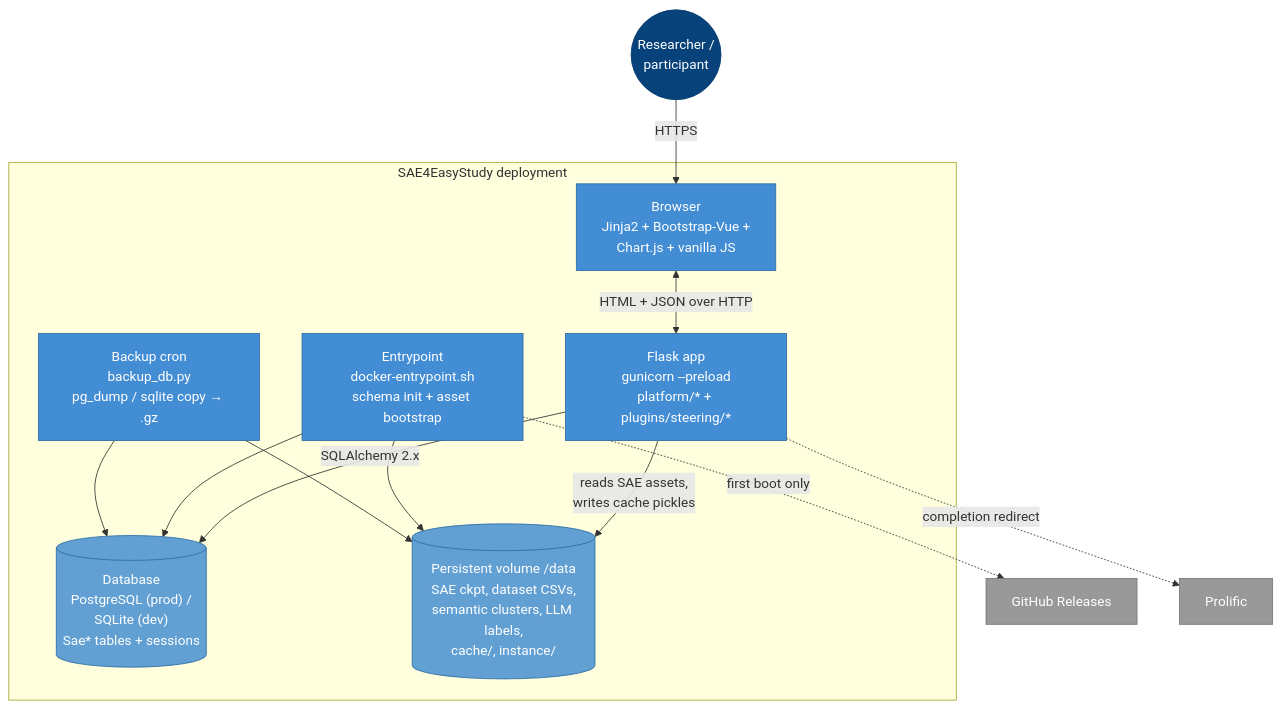
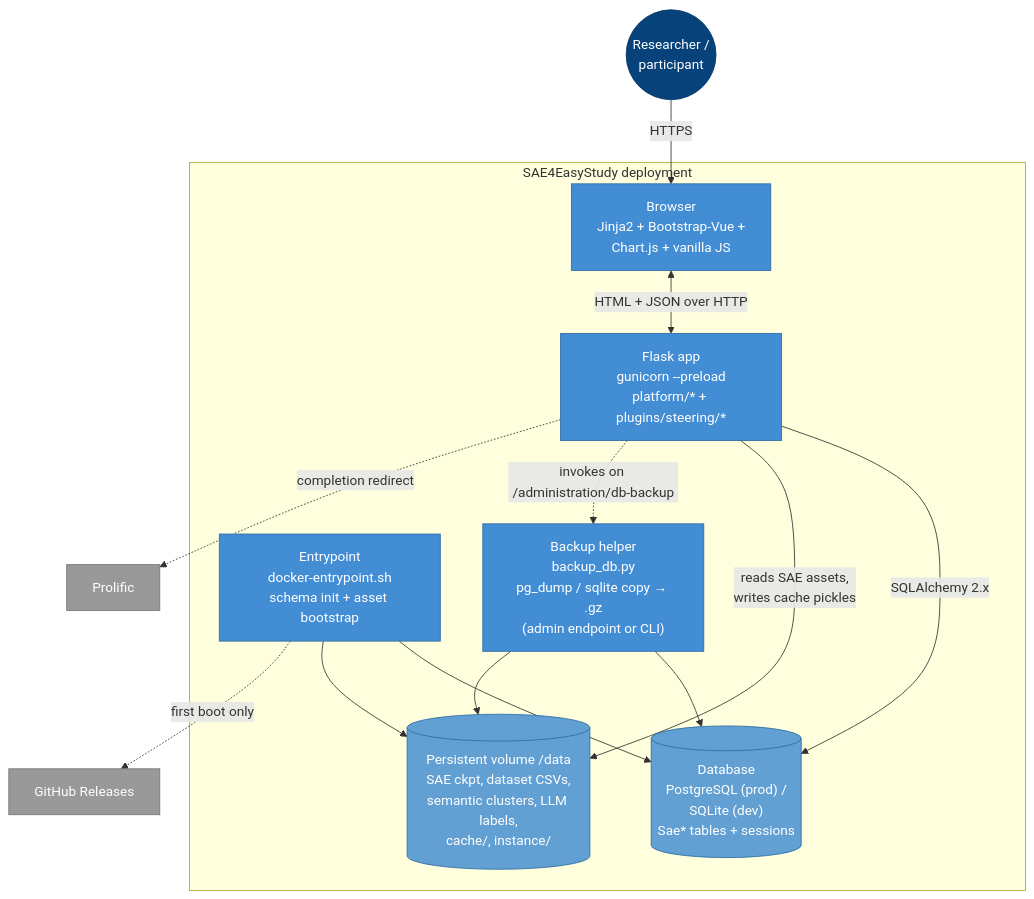
One commit to vaclavstibor/SAE4EasyStudy changed the second of 5 diagrams in docs/tech-docs.md. Above: the diagram before and after it, drawn with Mermaid. The commit also changed other lines of this file and 9 other files, not shown here.

````diff
--- a/docs/tech-docs.md
+++ b/docs/tech-docs.md
@@ -201,35 +201,36 @@
 ```mermaid
 flowchart TB
     actor(("Researcher /<br/>participant"))
     gh["GitHub Releases"]
     prolific["Prolific"]
 
     subgraph deploy ["SAE4EasyStudy deployment"]
         browser["Browser<br/>Jinja2 + Bootstrap-Vue +<br/>Chart.js + vanilla JS"]
         flask["Flask app<br/>gunicorn --preload<br/>platform/* + plugins/steering/*"]
         db[("Database<br/>PostgreSQL (prod) /<br/>SQLite (dev)<br/>Sae* tables + sessions")]
         volume[("Persistent volume /data<br/>SAE ckpt, dataset CSVs,<br/>semantic clusters, LLM labels,<br/>cache/, instance/")]
         entry["Entrypoint<br/>docker-entrypoint.sh<br/>schema init + asset bootstrap"]
-        cron["Backup cron<br/>backup_db.py<br/>pg_dump / sqlite copy → .gz"]
+        backup["Backup helper<br/>backup_db.py<br/>pg_dump / sqlite copy → .gz<br/>(admin endpoint or CLI)"]
     end
 
     actor -->|HTTPS| browser
     browser <-->|"HTML + JSON over HTTP"| flask
     flask -->|"SQLAlchemy 2.x"| db
     flask -->|"reads SAE assets,<br/>writes cache pickles"| volume
     entry --> db
     entry --> volume
     entry -. first boot only .-> gh
-    cron --> db
-    cron --> volume
+    backup --> db
+    backup --> volume
+    flask -. invokes on /administration/db-backup .-> backup
     flask -. completion redirect .-> prolific
 
     classDef container fill:#438dd5,stroke:#2e6da4,color:#fff
     classDef storage fill:#62a0d3,stroke:#2e6da4,color:#fff
     classDef external fill:#999999,stroke:#777777,color:#fff
     classDef person fill:#08427b,stroke:#073b6f,color:#fff
-    class browser,flask,entry,cron container
+    class browser,flask,entry,backup container
     class db,volume storage
     class gh,prolific external
     class actor person
 ```
````
